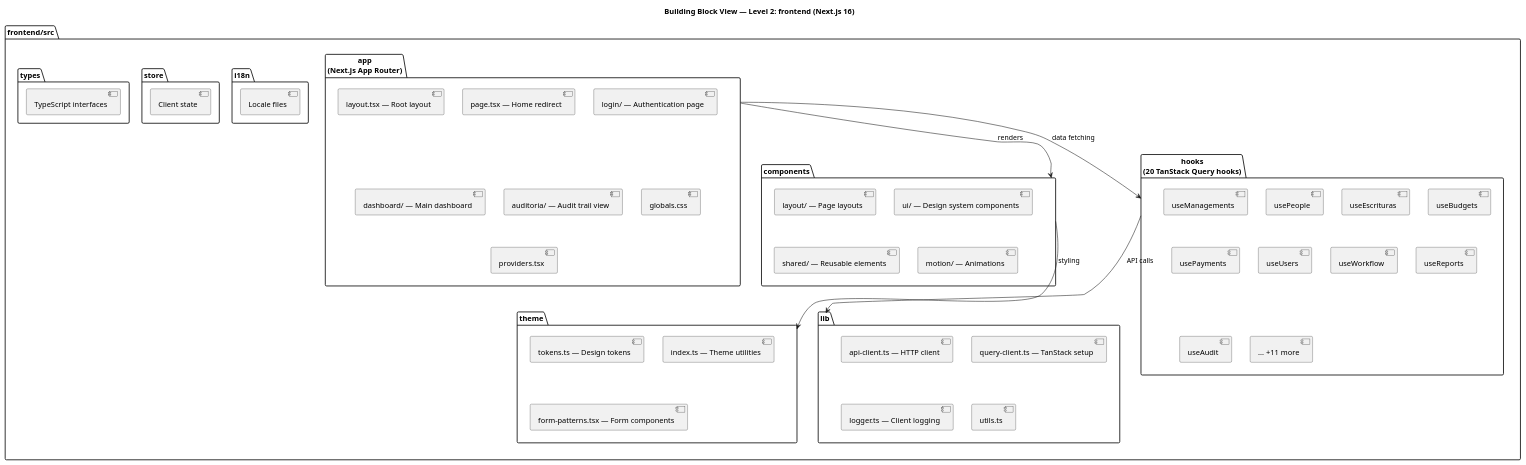
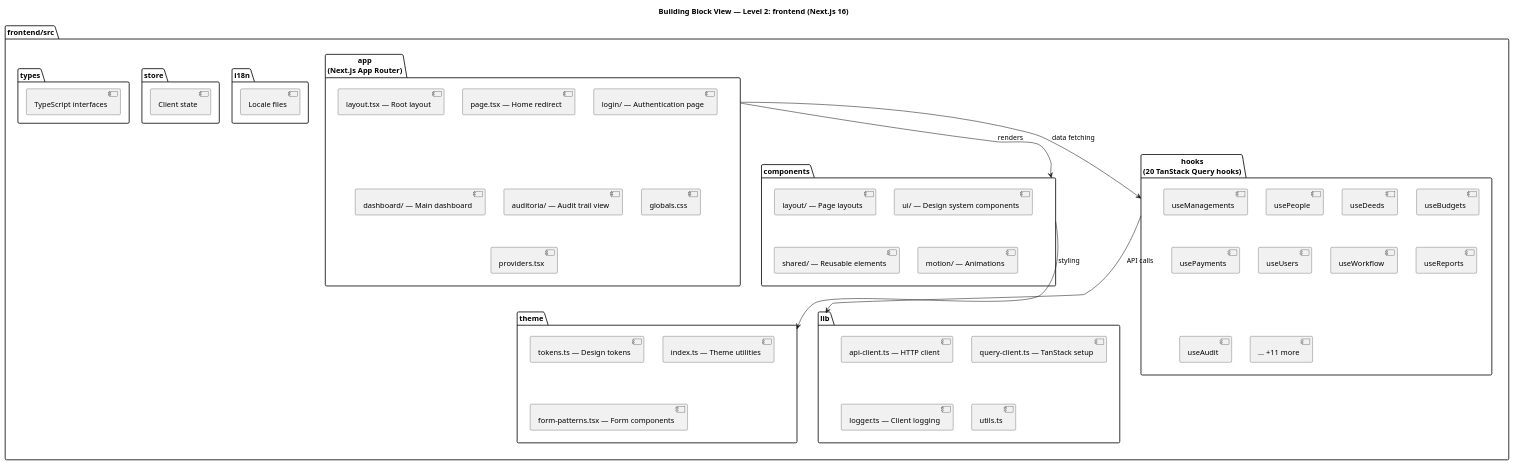
Before and after one commit to matiaspakua/notaire: the sixth of 13 diagrams in docs/200-architecture/201-SAD/sad.md, drawn with PlantUML. The commit also changed other lines of this file and 11 other files, not shown here.

First line of the commit message:
docs(architecture): name current types in English

````diff
--- a/docs/200-architecture/201-SAD/sad.md
+++ b/docs/200-architecture/201-SAD/sad.md
@@ -402,68 +402,68 @@
 ```plantuml
 @startuml
 title Building Block View — Level 2: frontend (Next.js 16)
 
 package "frontend/src" {
 
   package "app\n(Next.js App Router)" as app {
     [layout.tsx — Root layout]
     [page.tsx — Home redirect]
     [login/ — Authentication page]
     [dashboard/ — Main dashboard]
     [auditoria/ — Audit trail view]
     [globals.css]
     [providers.tsx]
   }
 
   package "components" as comp {
     [layout/ — Page layouts]
     [ui/ — Design system components]
     [shared/ — Reusable elements]
     [motion/ — Animations]
   }
 
   package "hooks\n(20 TanStack Query hooks)" as hooks {
     [useManagements]
     [usePeople]
-    [useEscrituras]
+    [useDeeds]
     [useBudgets]
     [usePayments]
     [useUsers]
     [useWorkflow]
     [useReports]
     [useAudit]
     [... +11 more]
   }
 
   package "theme" as theme {
     [tokens.ts — Design tokens]
     [index.ts — Theme utilities]
     [form-patterns.tsx — Form components]
   }
 
   package "lib" as lib {
     [api-client.ts — HTTP client]
     [query-client.ts — TanStack setup]
     [logger.ts — Client logging]
     [utils.ts]
   }
 
   package "i18n" as i18n {
     [Locale files]
   }
 
   package "store" as store {
     [Client state]
   }
 
   package "types" as types {
     [TypeScript interfaces]
   }
 }
 
 app --> comp : renders
 app --> hooks : data fetching
 hooks --> lib : API calls
 comp --> theme : styling
 @enduml
 ```
````
